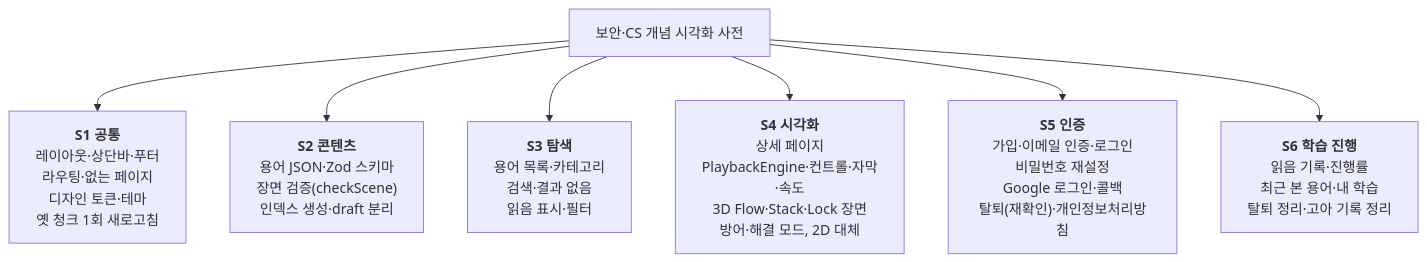
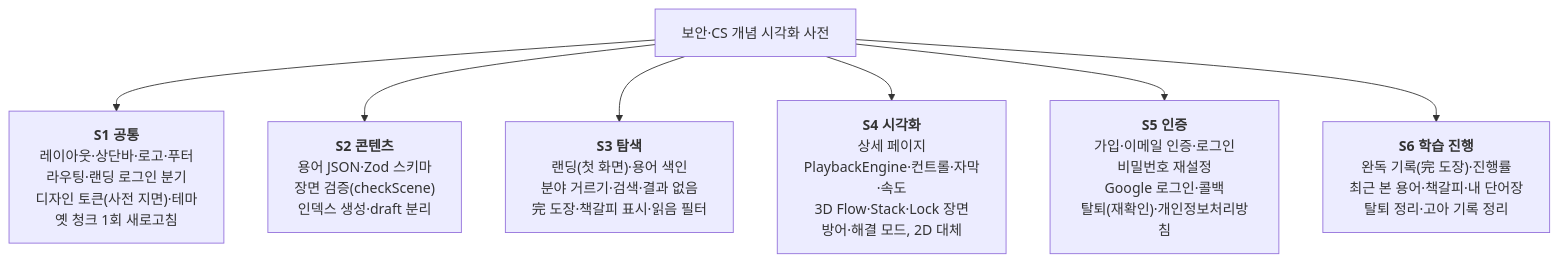
Before and after one commit to cindysjlee/visual-dictionary: the first of 2 diagrams in docs/03-architecture.md, drawn with Mermaid. The commit also changed other lines of this file and 4 other files, not shown here.

````diff
--- a/docs/03-architecture.md
+++ b/docs/03-architecture.md
@@ -11,10 +11,10 @@
 ```mermaid
 flowchart TB
   root["보안·CS 개념 시각화 사전"]
-  root --> S1["<b>S1 공통</b><br/>레이아웃·상단바·푸터<br/>라우팅·없는 페이지<br/>디자인 토큰·테마<br/>옛 청크 1회 새로고침"]
+  root --> S1["<b>S1 공통</b><br/>레이아웃·상단바·로고·푸터<br/>라우팅·랜딩 로그인 분기<br/>디자인 토큰(사전 지면)·테마<br/>옛 청크 1회 새로고침"]
   root --> S2["<b>S2 콘텐츠</b><br/>용어 JSON·Zod 스키마<br/>장면 검증(checkScene)<br/>인덱스 생성·draft 분리"]
-  root --> S3["<b>S3 탐색</b><br/>용어 목록·카테고리<br/>검색·결과 없음<br/>읽음 표시·필터"]
+  root --> S3["<b>S3 탐색</b><br/>랜딩(첫 화면)·용어 색인<br/>분야 거르기·검색·결과 없음<br/>完 도장·책갈피 표시·읽음 필터"]
   root --> S4["<b>S4 시각화</b><br/>상세 페이지<br/>PlaybackEngine·컨트롤·자막·속도<br/>3D Flow·Stack·Lock 장면<br/>방어·해결 모드, 2D 대체"]
   root --> S5["<b>S5 인증</b><br/>가입·이메일 인증·로그인<br/>비밀번호 재설정<br/>Google 로그인·콜백<br/>탈퇴(재확인)·개인정보처리방침"]
-  root --> S6["<b>S6 학습 진행</b><br/>읽음 기록·진행률<br/>최근 본 용어·내 학습<br/>탈퇴 정리·고아 기록 정리"]
+  root --> S6["<b>S6 학습 진행</b><br/>완독 기록(完 도장)·진행률<br/>최근 본 용어·책갈피·내 단어장<br/>탈퇴 정리·고아 기록 정리"]
 ```
````
